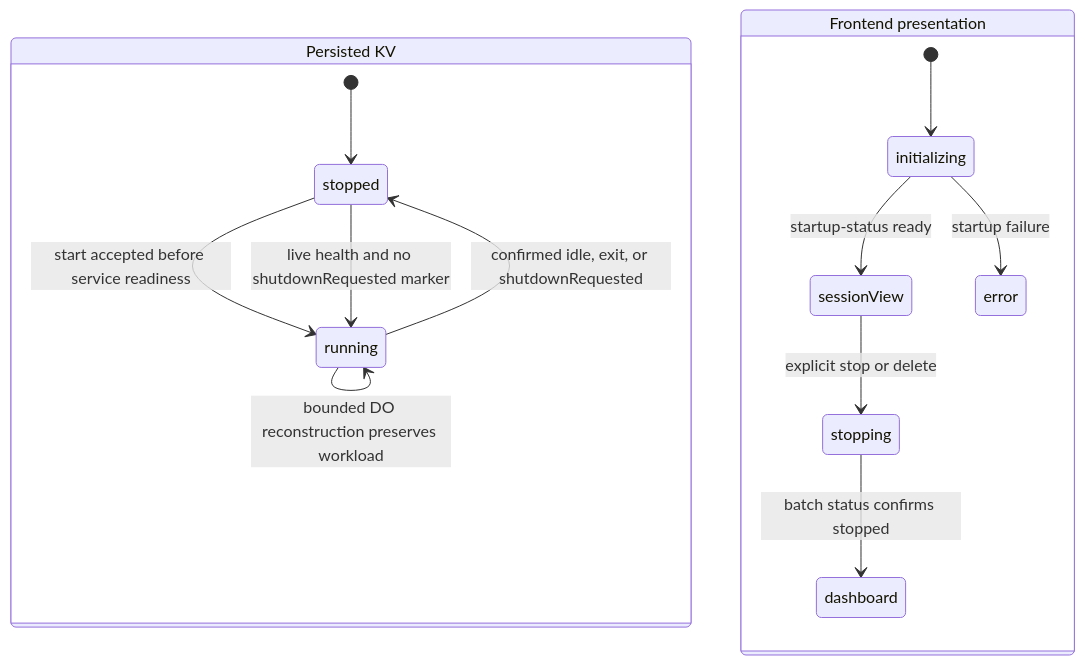
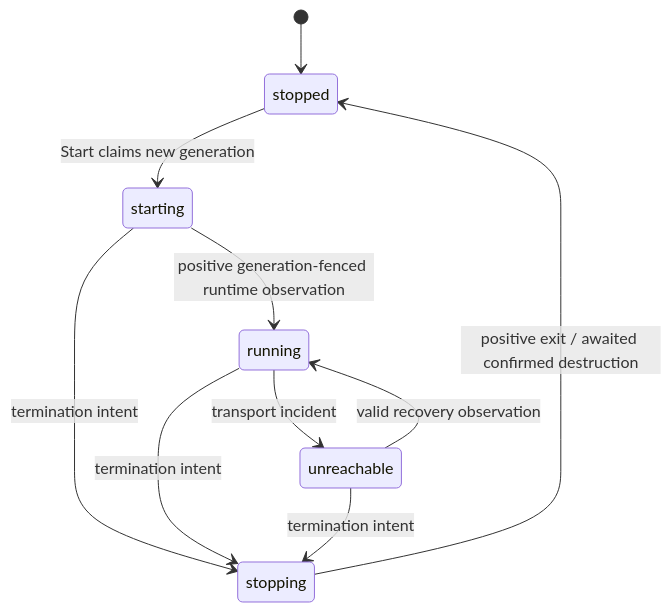
One commit to nikolanovoselec/codeflare changed the third of 3 diagrams in documentation/lanes/architecture.md. Above: the diagram before and after it, drawn with Mermaid. The commit also changed other lines of this file and 85 other files, not shown here.

````diff
--- a/documentation/lanes/architecture.md
+++ b/documentation/lanes/architecture.md
@@ -488,19 +379,12 @@
 ```mermaid
 stateDiagram-v2
-    state "Persisted KV" as Persisted
-    state Persisted {
-        [*] --> stopped
-        stopped --> running : start accepted before service readiness
-        running --> stopped : confirmed idle, exit, or shutdownRequested
-        running --> running : bounded DO reconstruction preserves workload
-        stopped --> running : live health and no shutdownRequested marker
-    }
-    state "Frontend presentation" as Frontend
-    state Frontend {
-        [*] --> initializing
-        initializing --> sessionView : startup-status ready
-        initializing --> error : startup failure
-        sessionView --> stopping : explicit stop or delete
-        stopping --> dashboard : batch status confirms stopped
-    }
+    [*] --> stopped
+    stopped --> starting: Start claims new generation
+    starting --> running: positive generation-fenced runtime observation
+    running --> unreachable: transport incident
+    unreachable --> running: valid recovery observation
+    starting --> stopping: termination intent
+    running --> stopping: termination intent
+    unreachable --> stopping: termination intent
+    stopping --> stopped: positive exit / awaited confirmed destruction
 ```
````
